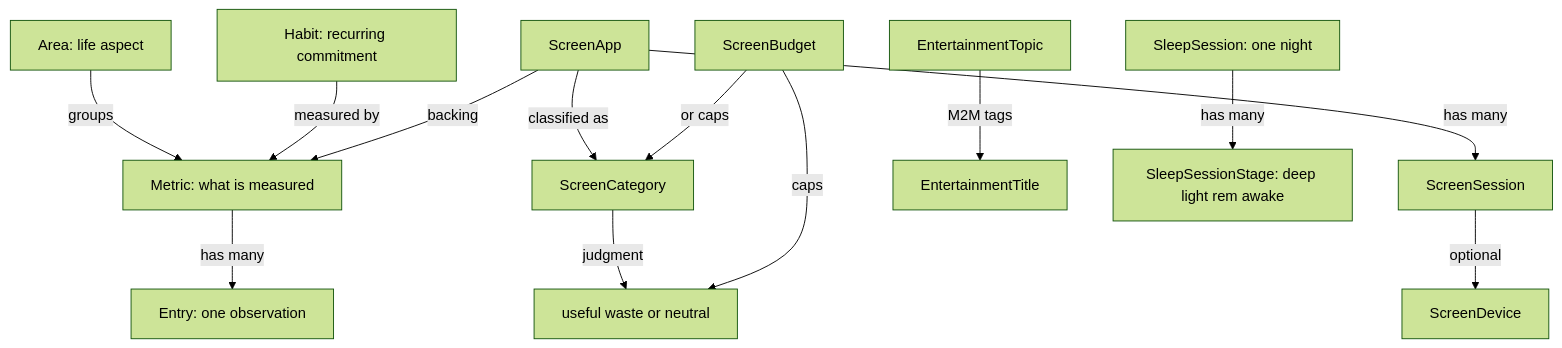
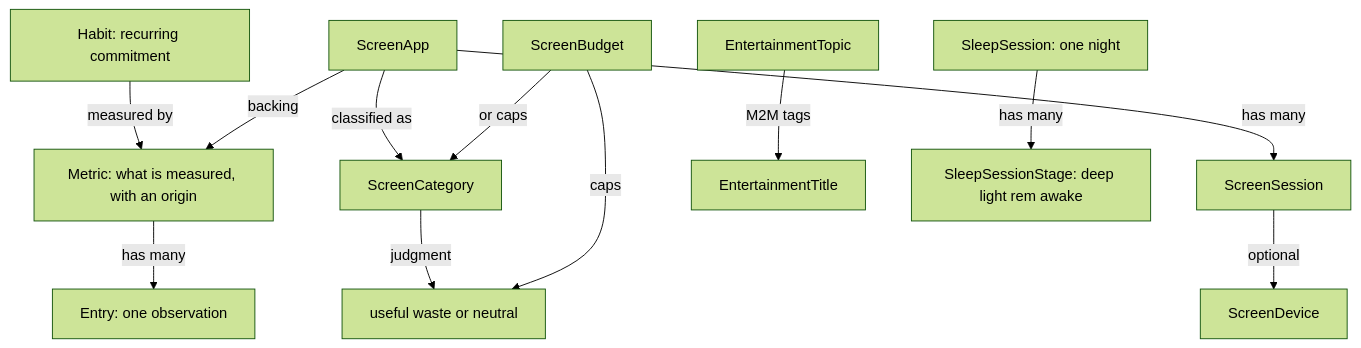
The first of 2 diagrams in docs/architecture/data-model.md (gio-white/atlas), drawn with Mermaid (forest theme) before and after one commit. The commit also changed other lines of this file and 99 other files, not shown here.

````diff
--- a/docs/architecture/data-model.md
+++ b/docs/architecture/data-model.md
@@ -24,17 +25,16 @@
 ```mermaid
 flowchart TD
-  Area[Area: life aspect] -->|groups| Metric[Metric: what is measured]
-  Metric -->|has many| Entry[Entry: one observation]
+  Metric[Metric: what is measured, with an origin] -->|has many| Entry[Entry: one observation]
   Habit[Habit: recurring commitment] -->|measured by| Metric
   ScreenCategory[ScreenCategory] -->|judgment| ScreenJudgment[useful waste or neutral]
   ScreenApp[ScreenApp] -->|classified as| ScreenCategory
   ScreenApp -->|backing| Metric
   ScreenApp -->|has many| ScreenSession[ScreenSession]
   ScreenSession -->|optional| ScreenDevice[ScreenDevice]
   ScreenBudget[ScreenBudget] -->|caps| ScreenJudgment
   ScreenBudget -->|or caps| ScreenCategory
   EntertainmentTopic[EntertainmentTopic]
   EntertainmentTitle[EntertainmentTitle]
   EntertainmentTopic -->|M2M tags| EntertainmentTitle
   SleepSession[SleepSession: one night] -->|has many| SleepSessionStage[SleepSessionStage: deep light rem awake]
 ```
````
